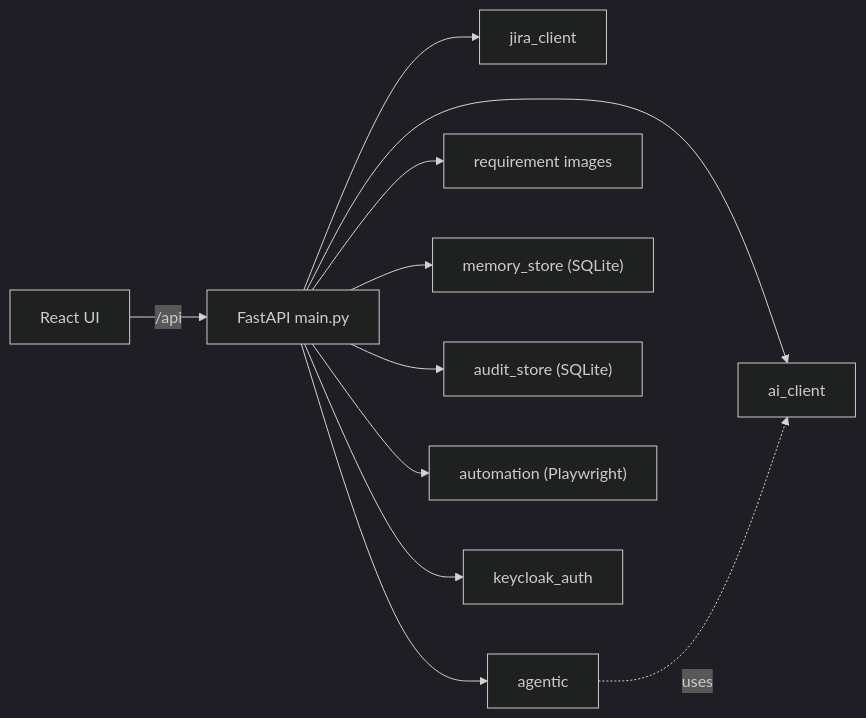
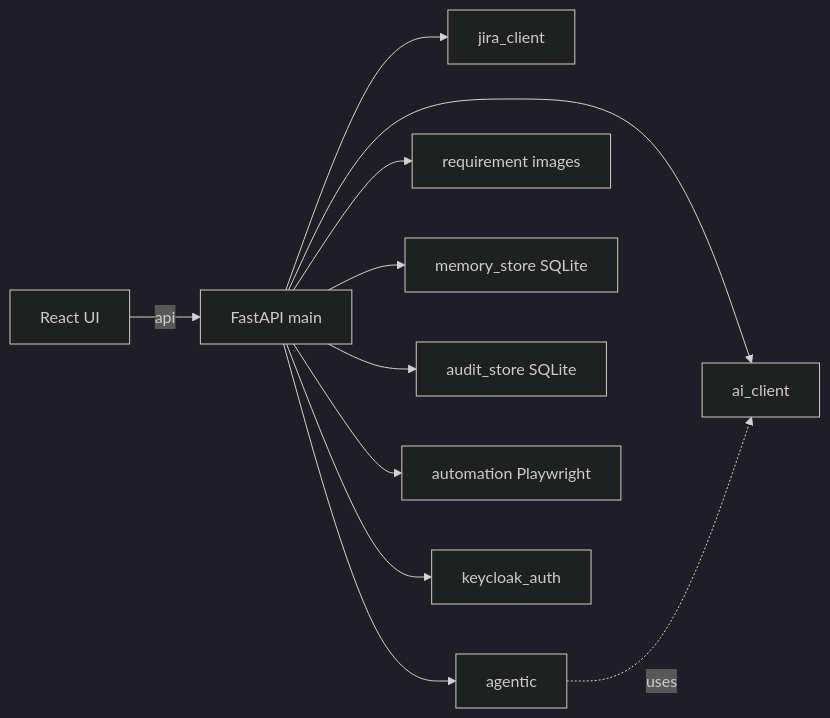
One commit to prashant1507/test-intellect-ai changed the diagram in README.md. Above: the diagram before and after it, drawn with Mermaid (dark theme). The commit also changed other lines of this file and 3 other files, not shown here.

````diff
--- a/README.md
+++ b/README.md
@@ -42,13 +48,13 @@
 ```mermaid
 flowchart LR
-  UI["React UI"] -->|/api| API["FastAPI main.py"]
+  UI["React UI"] -->|api| API["FastAPI main"]
   API --> JIRA["jira_client"]
   API --> LLM["ai_client"]
   API --> AG["agentic"]
   API --> IMG["requirement images"]
-  API --> MEM["memory_store (SQLite)"]
-  API --> AUD["audit_store (SQLite)"]
-  API --> AT["automation (Playwright)"]
+  API --> MEM["memory_store SQLite"]
+  API --> AUD["audit_store SQLite"]
+  API --> AT["automation Playwright"]
   API --> KC["keycloak_auth"]
   AG -.->|uses| LLM
 ```
````
